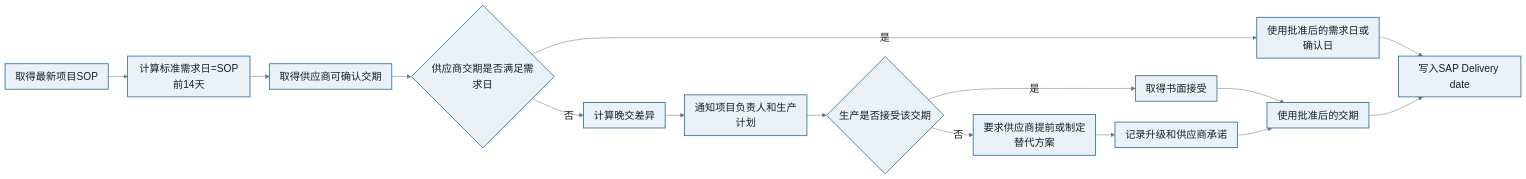
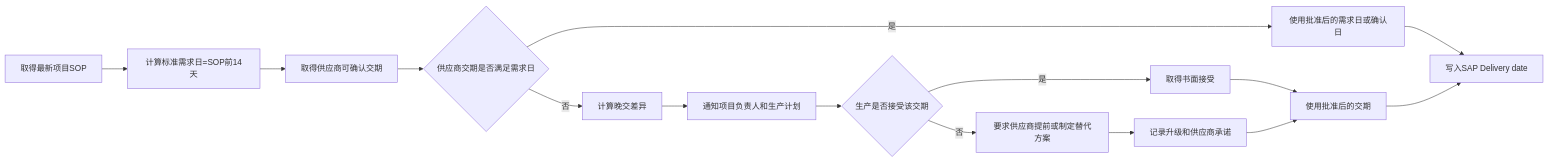
Diagram 20 of 56 in README.md (giengenbw/chassisprocess), drawn with Mermaid before and after one commit. The commit also changed other lines of this file, not shown here.

````diff
--- a/README.md
+++ b/README.md
@@ -667,22 +579,17 @@
 ```mermaid
-%%{init: {'theme':'base','flowchart':{'curve':'basis','nodeSpacing':24,'rankSpacing':38,'padding':10,'htmlLabels':true,'useMaxWidth':true},'themeVariables':{'fontFamily':'Microsoft YaHei, Noto Sans SC, Arial, sans-serif','fontSize':'20px','primaryColor':'#EAF2F8','primaryTextColor':'#17202A','primaryBorderColor':'#2E6E9E','lineColor':'#667788','secondaryColor':'#FFF4D6','tertiaryColor':'#E8F6F3','edgeLabelBackground':'#FFFFFF'}}}%%
-flowchart LR
+graph LR
     A["取得最新项目SOP"] --> B["计算标准需求日=SOP前14天"]
     B --> C["取得供应商可确认交期"]
     C --> D{"供应商交期是否满足需求日"}
-    D -->|是| E["使用批准后的需求日或确认日"]
-    D -->|否| F["计算晚交差异"]
+    D -- 是 --> E["使用批准后的需求日或确认日"]
+    D -- 否 --> F["计算晚交差异"]
     F --> G["通知项目负责人和生产计划"]
     G --> H{"生产是否接受该交期"}
-    H -->|否| I["要求供应商提前或制定替代方案"]
-    H -->|是| J["取得书面接受"]
+    H -- 否 --> I["要求供应商提前或制定替代方案"]
+    H -- 是 --> J["取得书面接受"]
     I --> K["记录升级和供应商承诺"]
     J --> L["使用批准后的交期"]
     K --> L
     E --> M["写入SAP Delivery date"]
     L --> M
-    classDef default fill:#EAF2F8,stroke:#2E6E9E,stroke-width:1.6px,color:#17202A,font-size:20px;
-    classDef decision fill:#FFF4D6,stroke:#B8860B,stroke-width:2px,color:#4A3A00,font-size:20px;
-    classDef exception fill:#FCE8E6,stroke:#B3261E,stroke-width:2px,color:#6A1B16,font-size:20px;
-    classDef outcome fill:#E8F6F3,stroke:#16836B,stroke-width:2px,color:#0B5345,font-size:20px;
 ```
````
